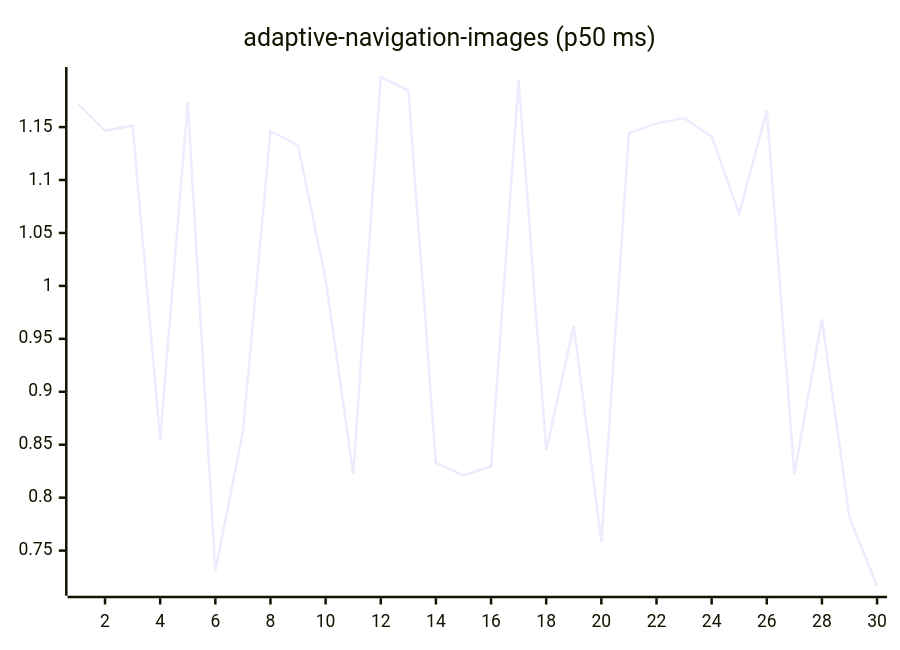
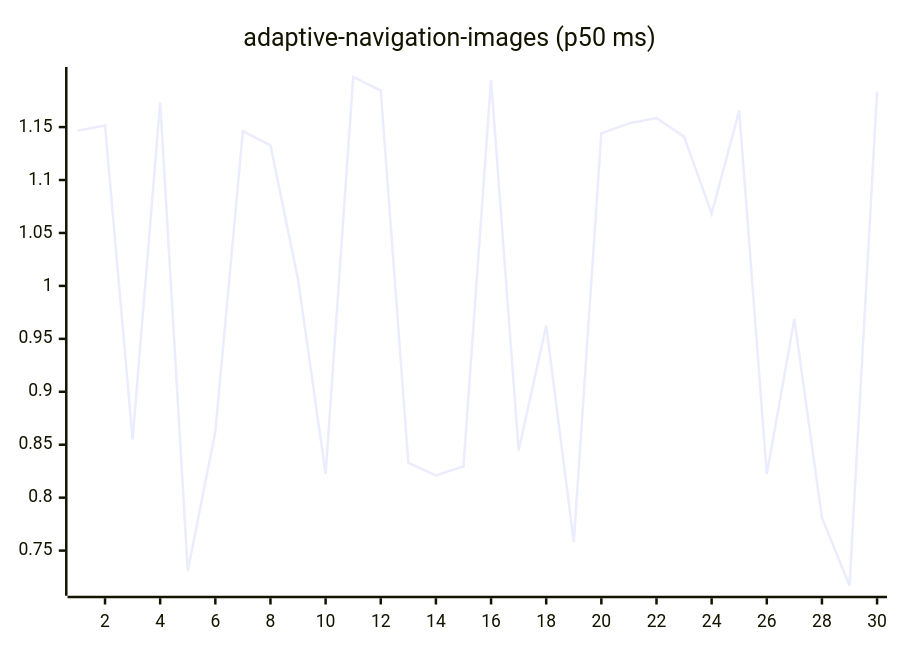
One commit to josha/Facet changed the first of 27 diagrams in README.md. Above: the diagram before and after it, drawn with Mermaid. The commit also changed other lines of this file and 2 other files, not shown here.

````diff
--- a/README.md
+++ b/README.md
@@ -63,6 +63,6 @@
 ```mermaid
 xychart-beta
     title "adaptive-navigation-images (p50 ms)"
     x-axis 1 --> 30
-    line [1.1721, 1.1465, 1.1515, 0.8551, 1.1733, 0.7309, 0.8622, 1.1462, 1.1328, 1.0062, 0.8224, 1.1973, 1.1845, 0.8328, 0.8211, 0.8295, 1.1947, 0.8446, 0.9624, 0.7583, 1.1441, 1.1535, 1.1586, 1.1410, 1.0683, 1.1655, 0.8222, 0.9687, 0.7812, 0.7168]
+    line [1.1465, 1.1515, 0.8551, 1.1733, 0.7309, 0.8622, 1.1462, 1.1328, 1.0062, 0.8224, 1.1973, 1.1845, 0.8328, 0.8211, 0.8295, 1.1947, 0.8446, 0.9624, 0.7583, 1.1441, 1.1535, 1.1586, 1.1410, 1.0683, 1.1655, 0.8222, 0.9687, 0.7812, 0.7168, 1.1836]
 ```
````
